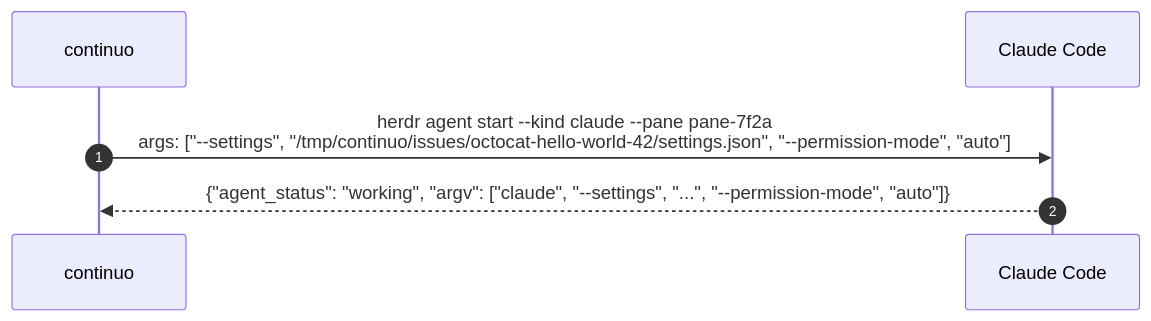
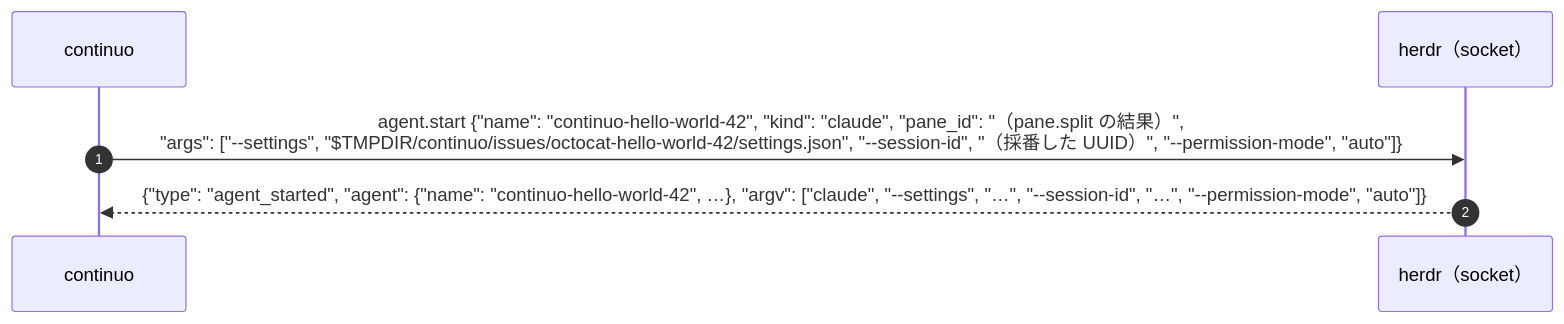
One commit to maimuzo/continuo changed the diagram in .claude/rules/reporting.md. Above: the diagram before and after it, drawn with Mermaid. The commit also changed other lines of this file and 6 other files, not shown here.

````diff
--- a/.claude/rules/reporting.md
+++ b/.claude/rules/reporting.md
@@ -251,8 +255,8 @@
 ```mermaid
 sequenceDiagram
     autonumber
     participant C as continuo
-    participant A as Claude Code
-    C->>A: herdr agent start --kind claude --pane pane-7f2a<br/>args: ["--settings", "/tmp/continuo/issues/octocat-hello-world-42/settings.json", "--permission-mode", "auto"]
-    A-->>C: {"agent_status": "working", "argv": ["claude", "--settings", "...", "--permission-mode", "auto"]}
+    participant H as herdr（socket）
+    C->>H: agent.start {"name": "continuo-hello-world-42", "kind": "claude", "pane_id": "（pane.split の結果）",<br/>"args": ["--settings", "$TMPDIR/continuo/issues/octocat-hello-world-42/settings.json", "--session-id", "（採番した UUID）", "--permission-mode", "auto"]}
+    H-->>C: {"type": "agent_started", "agent": {"name": "continuo-hello-world-42", …}, "argv": ["claude", "--settings", "…", "--session-id", "…", "--permission-mode", "auto"]}
 ```
````
